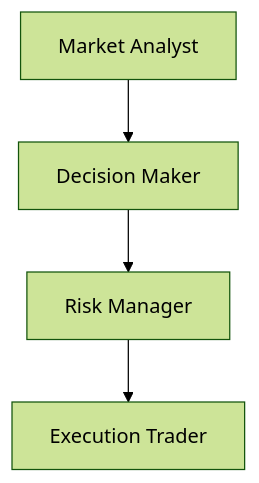
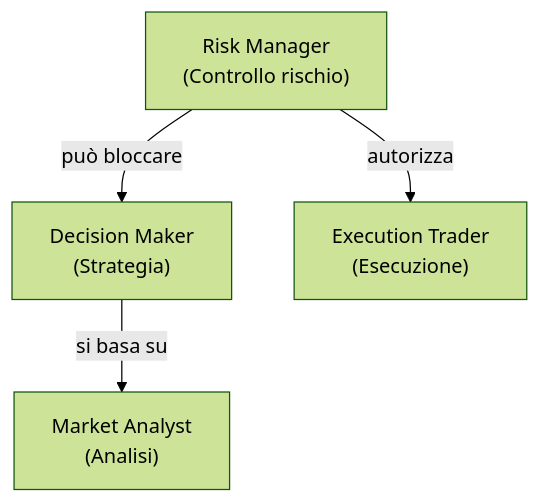
Before and after one commit to Mardock137/mdk_crypto_trading: the diagram in docs/hierarchy_and_roles.md, drawn with Mermaid (forest theme). The commit also changed other lines of this file and 20 other files, not shown here.

````diff
--- a/docs/hierarchy_and_roles.md
+++ b/docs/hierarchy_and_roles.md
@@ -3,6 +7,11 @@
 ```mermaid
 flowchart TD
-    marketAnalyst[Market Analyst] --> decisionMaker[Decision Maker]
-    decisionMaker --> riskManager[Risk Manager]
-    riskManager --> executionTrader[Execution Trader]
+    riskManager["Risk Manager\n(Controllo rischio)"]
+    decisionMaker["Decision Maker\n(Strategia)"]
+    marketAnalyst["Market Analyst\n(Analisi)"]
+    executionTrader["Execution Trader\n(Esecuzione)"]
+
+    riskManager -->|"può bloccare"| decisionMaker
+    decisionMaker -->|"si basa su"| marketAnalyst
+    riskManager -->|"autorizza"| executionTrader
 ```
````
